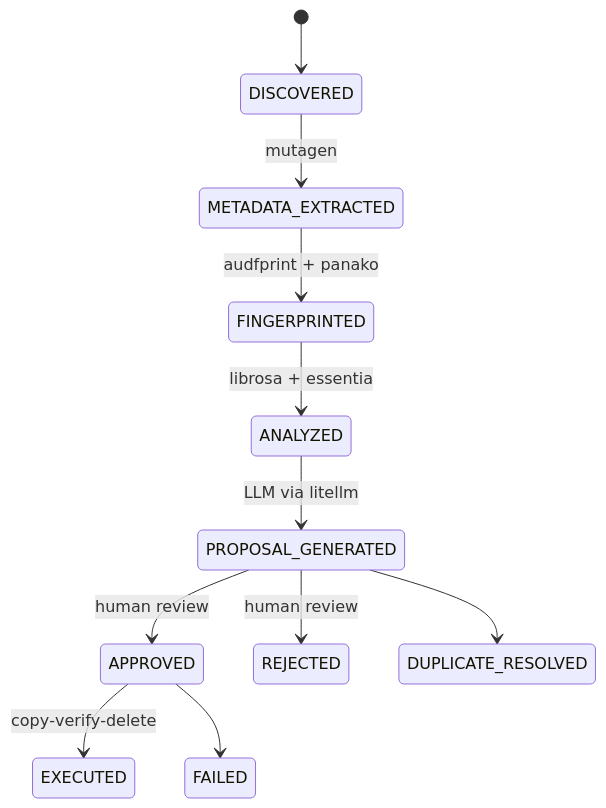
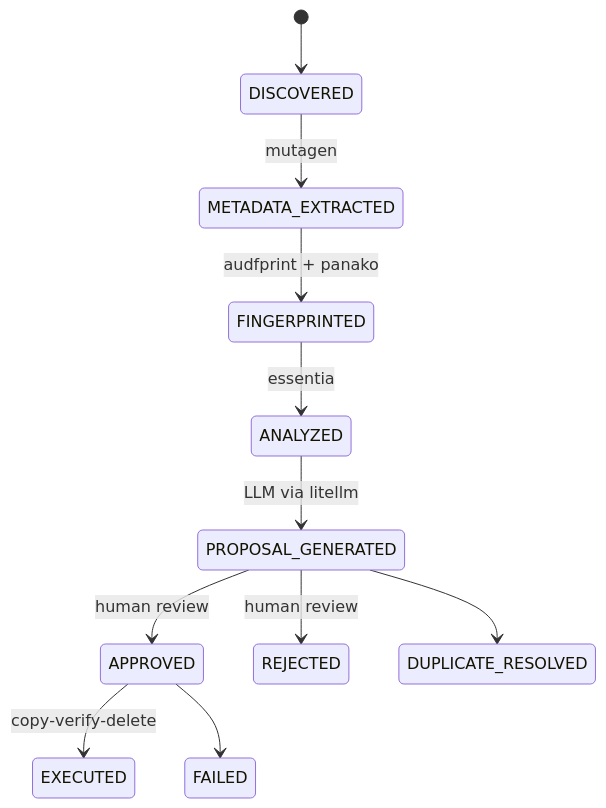
The second of 2 diagrams in README.md (SimplicityGuy/phaze), drawn with Mermaid before and after one commit. The commit also changed other lines of this file and 8 other files, not shown here.

````diff
--- a/README.md
+++ b/README.md
@@ -36,13 +36,13 @@
 ```mermaid
 stateDiagram-v2
     [*] --> DISCOVERED
     DISCOVERED --> METADATA_EXTRACTED : mutagen
     METADATA_EXTRACTED --> FINGERPRINTED : audfprint + panako
-    FINGERPRINTED --> ANALYZED : librosa + essentia
+    FINGERPRINTED --> ANALYZED : essentia
     ANALYZED --> PROPOSAL_GENERATED : LLM via litellm
     PROPOSAL_GENERATED --> APPROVED : human review
     PROPOSAL_GENERATED --> REJECTED : human review
     APPROVED --> EXECUTED : copy‑verify‑delete
     APPROVED --> FAILED
     PROPOSAL_GENERATED --> DUPLICATE_RESOLVED
 ```
````
